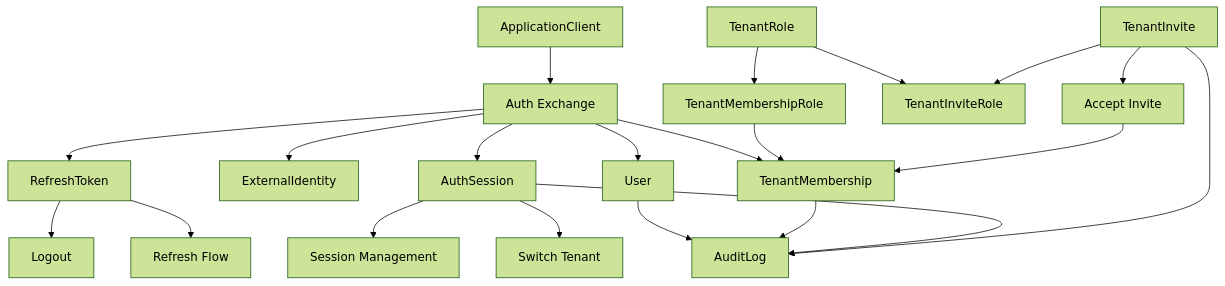
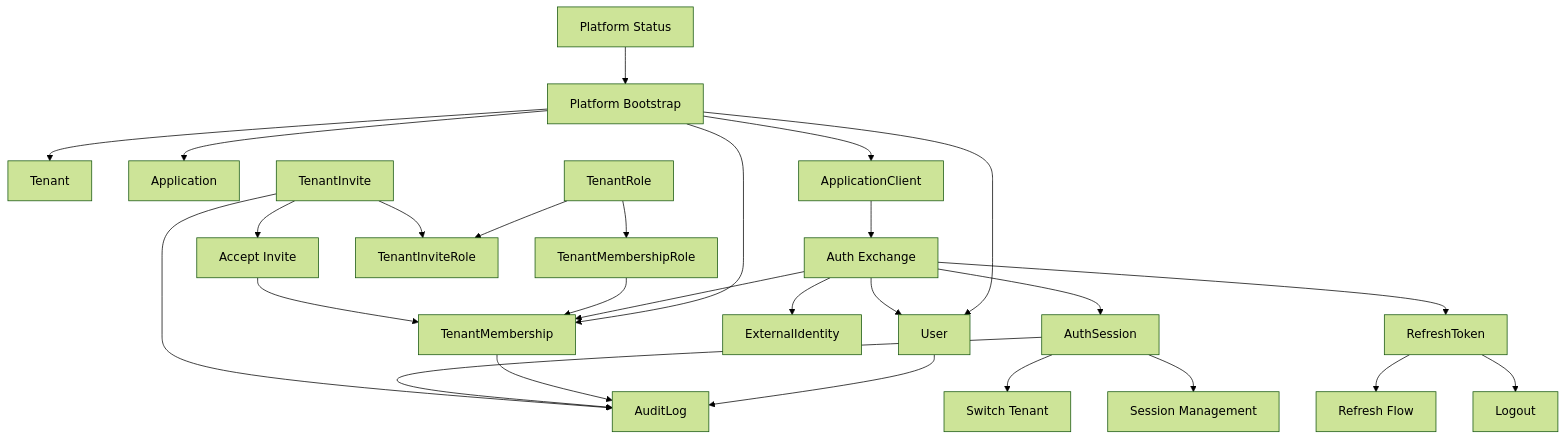
Before and after one commit to mrffilipe/idpproject: the diagram in backend/ENTITY_AND_FLOW_GUIDE.md, drawn with Mermaid (forest theme). The commit also changed other lines of this file and 227 other files, not shown here.

````diff
--- a/backend/ENTITY_AND_FLOW_GUIDE.md
+++ b/backend/ENTITY_AND_FLOW_GUIDE.md
@@ -314,23 +328,29 @@
 ```mermaid
 flowchart TD
+    platformStatus[Platform Status] --> bootstrap[Platform Bootstrap]
+    bootstrap --> user[User]
+    bootstrap --> membership[TenantMembership]
+    bootstrap --> tenant[Tenant]
+    bootstrap --> app[Application]
+    bootstrap --> appClient[ApplicationClient]
     appClient[ApplicationClient] --> exchange[Auth Exchange]
     exchange --> user[User]
     exchange --> extIdentity[ExternalIdentity]
     exchange --> membership[TenantMembership]
     tenantRole[TenantRole] --> membershipRole[TenantMembershipRole]
     tenantRole --> inviteRole[TenantInviteRole]
     membershipRole --> membership
     exchange --> session[AuthSession]
     exchange --> refresh[RefreshToken]
     session --> switchTenant[Switch Tenant]
     refresh --> refreshFlow[Refresh Flow]
     refresh --> logout[Logout]
     session --> sessionMgmt[Session Management]
     tenantInvite[TenantInvite] --> inviteRole
     tenantInvite --> acceptInvite[Accept Invite]
     acceptInvite --> membership
     user --> audit[AuditLog]
     membership --> audit
     session --> audit
     tenantInvite --> audit
 ```
````
